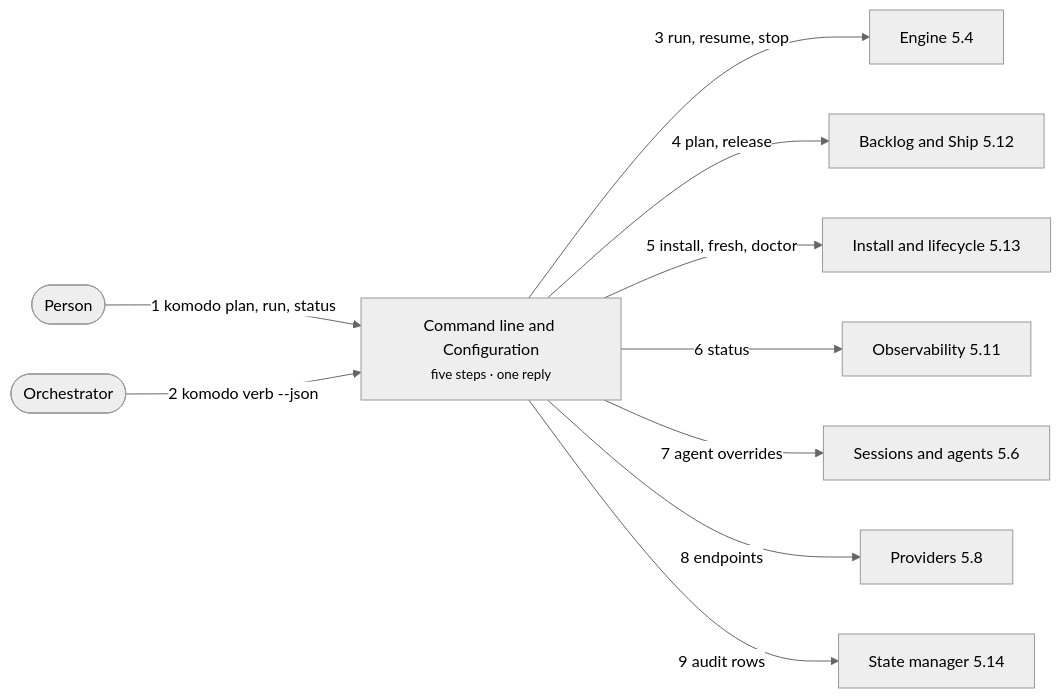
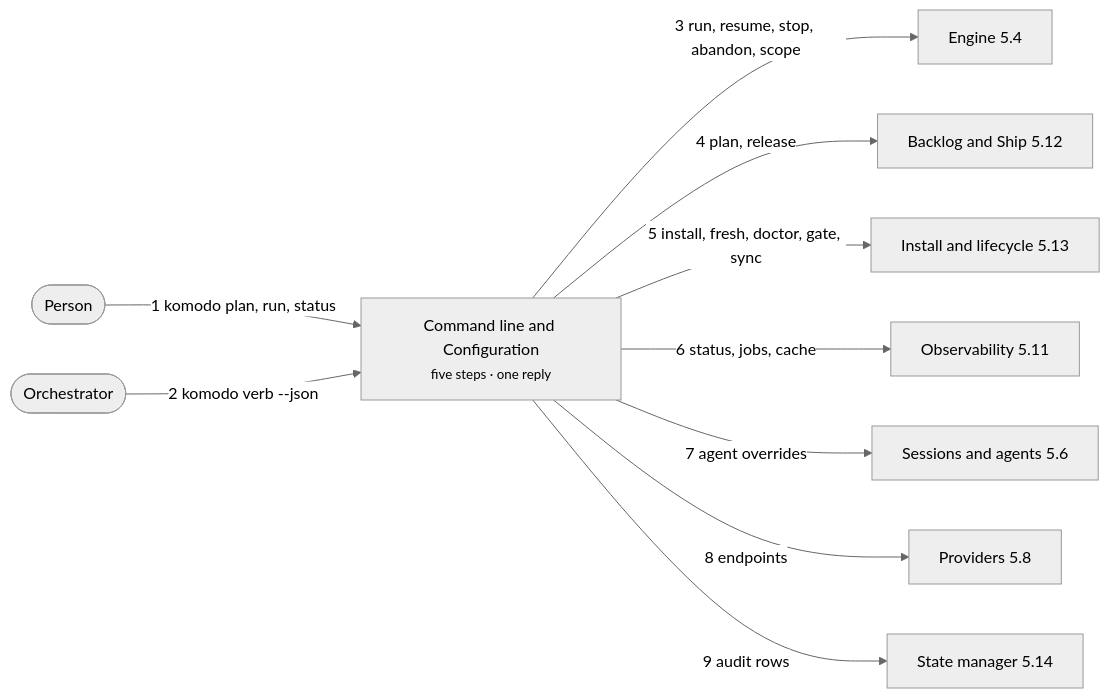
Before and after one commit to rdevitto86/komodo-agentic-harness-coding: the seventh of 45 diagrams in docs/hld.md, drawn with Mermaid (neutral theme). The commit also changed other lines of this file, not shown here.

````diff
--- a/docs/hld.md
+++ b/docs/hld.md
@@ -495,22 +495,22 @@
 ```mermaid
 flowchart LR
   H(["Person"]):::actor
   O(["Orchestrator"]):::actor
   CLI["Command line and Configuration<br><small>five steps · one reply</small>"]:::core
   EN["Engine 5.4"]
   BP["Backlog and Ship 5.12"]
   IL["Install and lifecycle 5.13"]
   OB["Observability 5.11"]
   SE["Sessions and agents 5.6"]
   PR["Providers 5.8"]
   SM["State manager 5.14"]
   H -->|"1 komodo plan, run, status"| CLI
   O -->|"2 komodo verb --json"| CLI
-  CLI -->|"3 run, resume, stop"| EN
+  CLI -->|"3 run, resume, stop, abandon, scope"| EN
   CLI -->|"4 plan, release"| BP
-  CLI -->|"5 install, fresh, doctor"| IL
-  CLI -->|"6 status"| OB
+  CLI -->|"5 install, fresh, doctor, gate, sync"| IL
+  CLI -->|"6 status, jobs, cache"| OB
   CLI -->|"7 agent overrides"| SE
   CLI -->|"8 endpoints"| PR
   CLI -->|"9 audit rows"| SM
 ```
````
